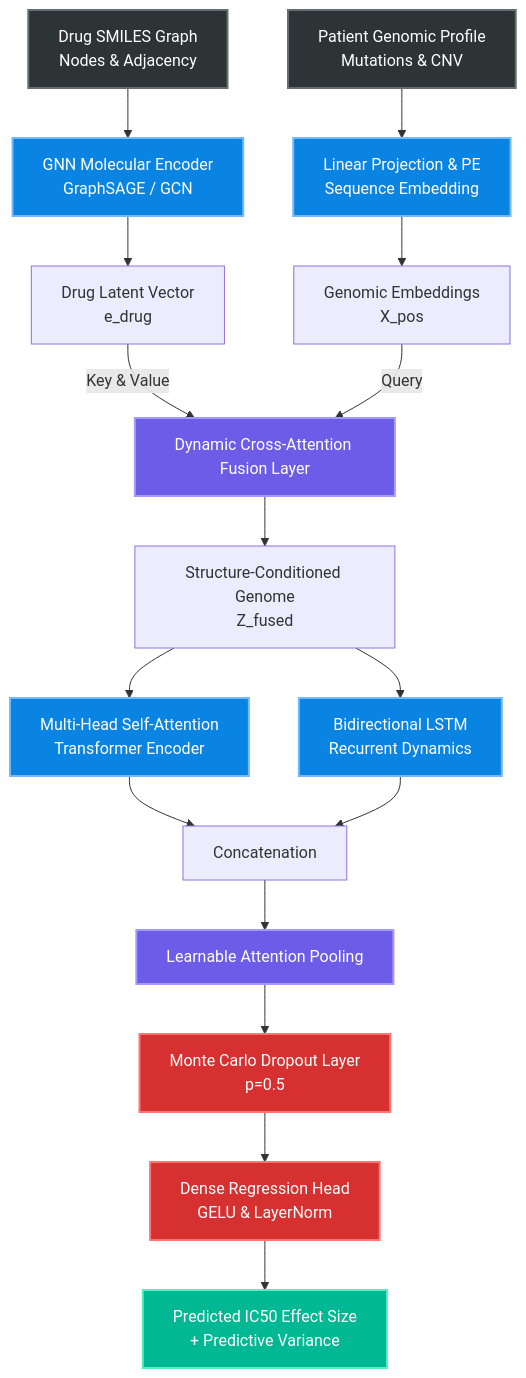
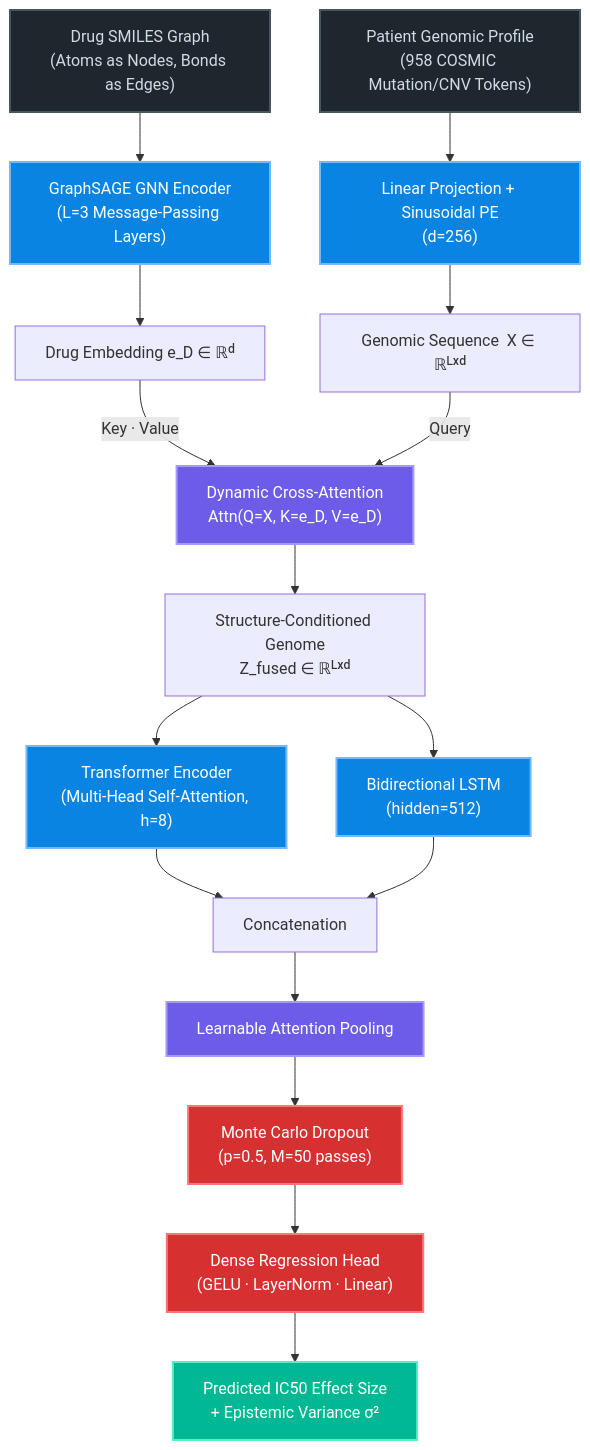
Before and after one commit to Panchadip-128/Cross-Attention-Fusion-based-Drug-Sensitivity-Detection: the third of 7 diagrams in README.md, drawn with Mermaid. The commit also changed other lines of this file, not shown here.

Commit message:
docs: complete DeepMind-grade README rewrite with narrative, formal math, and full figure captions

````diff
--- a/README.md
+++ b/README.md
@@ -98,31 +175,42 @@
 ```mermaid
 graph TD
-    classDef input fill:#2d3436,stroke:#636e72,stroke-width:2px,color:#fff;
-    classDef encoder fill:#0984e3,stroke:#74b9ff,stroke-width:2px,color:#fff;
-    classDef fusion fill:#6c5ce7,stroke:#a29bfe,stroke-width:2px,color:#fff;
+    classDef input fill:#1e272e,stroke:#485460,stroke-width:2px,color:#d2dae2;
+    classDef enc fill:#0984e3,stroke:#74b9ff,stroke-width:2px,color:#fff;
+    classDef fuse fill:#6c5ce7,stroke:#a29bfe,stroke-width:2px,color:#fff;
     classDef head fill:#d63031,stroke:#ff7675,stroke-width:2px,color:#fff;
-    classDef output fill:#00b894,stroke:#55efc4,stroke-width:2px,color:#fff;
+    classDef out fill:#00b894,stroke:#55efc4,stroke-width:2px,color:#fff;
 
-    D["Drug SMILES Graph<br>Nodes & Adjacency"]:::input --> GNN["GNN Molecular Encoder<br>GraphSAGE / GCN"]:::encoder
-    G["Patient Genomic Profile<br>Mutations & CNV"]:::input --> SEQ["Linear Projection & PE<br>Sequence Embedding"]:::encoder
+    D["Drug SMILES Graph
+(Atoms as Nodes, Bonds as Edges)"]:::input --> GNN["GraphSAGE GNN Encoder
+(L=3 Message-Passing Layers)"]:::enc
+    G["Patient Genomic Profile
+(958 COSMIC Mutation/CNV Tokens)"]:::input --> Proj["Linear Projection + Sinusoidal PE
+(d=256)"]:::enc
 
-    GNN --> D_Emb["Drug Latent Vector<br>e_drug"]
-    SEQ --> G_Emb["Genomic Embeddings<br>X_pos"]
+    GNN --> E_d["Drug Embedding  e_D ∈ ℝᵈ"]
+    Proj --> E_g["Genomic Sequence  X ∈ ℝᴸˣᵈ"]
 
-    D_Emb -->|Key & Value| CA["Dynamic Cross-Attention Fusion Layer"]:::fusion
-    G_Emb -->|Query| CA
+    E_d -->|"Key · Value"| CA["Dynamic Cross-Attention
+Attn(Q=X, K=e_D, V=e_D)"]:::fuse
+    E_g -->|"Query"| CA
 
-    CA --> Fused["Structure-Conditioned Genome<br>Z_fused"]
-    
-    Fused --> Trans["Multi-Head Self-Attention<br>Transformer Encoder"]:::encoder
-    Fused --> BiLSTM["Bidirectional LSTM<br>Recurrent Dynamics"]:::encoder
+    CA --> Z["Structure-Conditioned Genome
+Z_fused ∈ ℝᴸˣᵈ"]
 
-    Trans --> Concat["Concatenation"]
-    BiLSTM --> Concat
+    Z --> Trans["Transformer Encoder
+(Multi-Head Self-Attention, h=8)"]:::enc
+    Z --> RNN["Bidirectional LSTM
+(hidden=512)"]:::enc
 
-    Concat --> AttnPool["Learnable Attention Pooling"]:::fusion
-    AttnPool --> MCDrop["Monte Carlo Dropout Layer<br>p=0.5"]:::head
-    MCDrop --> MLP["Dense Regression Head<br>GELU & LayerNorm"]:::head
-    
-    MLP --> Out["Predicted IC50 Effect Size<br>+ Predictive Variance"]:::output
+    Trans --> Cat["Concatenation"]
+    RNN --> Cat
+
+    Cat --> Pool["Learnable Attention Pooling"]:::fuse
+    Pool --> MC["Monte Carlo Dropout
+(p=0.5, M=50 passes)"]:::head
+    MC --> MLP["Dense Regression Head
+(GELU · LayerNorm · Linear)"]:::head
+
+    MLP --> Out["Predicted IC50 Effect Size
++ Epistemic Variance σ²"]:::out
 ```
````
